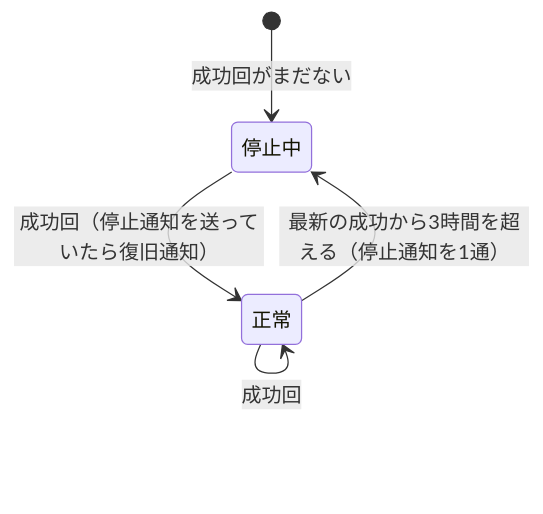
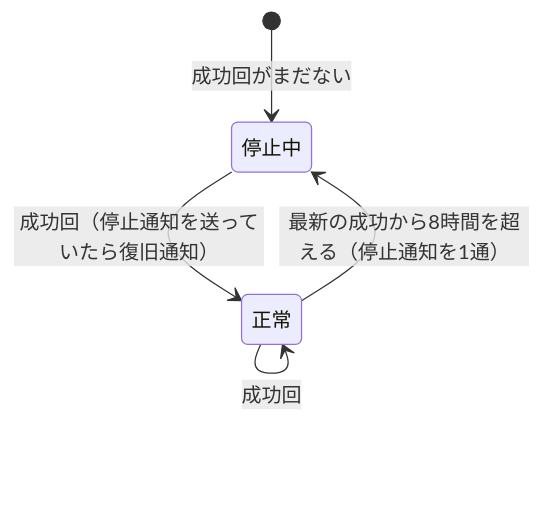
One commit to Shion-Serizawa/fukui-tech-learning-and-event-getter changed the third of 3 diagrams in docs/spec/03-behavior.md. Above: the diagram before and after it, drawn with Mermaid. The commit also changed other lines of this file and 22 other files, not shown here.

````diff
--- a/docs/spec/03-behavior.md
+++ b/docs/spec/03-behavior.md
@@ -149,7 +149,7 @@
 ```mermaid
 stateDiagram-v2
     [*] --> 停止中: 成功回がまだない
     停止中 --> 正常: 成功回（停止通知を送っていたら復旧通知）
     正常 --> 正常: 成功回
-    正常 --> 停止中: 最新の成功から3時間を超える（停止通知を1通）
+    正常 --> 停止中: 最新の成功から8時間を超える（停止通知を1通）
 ```
````
